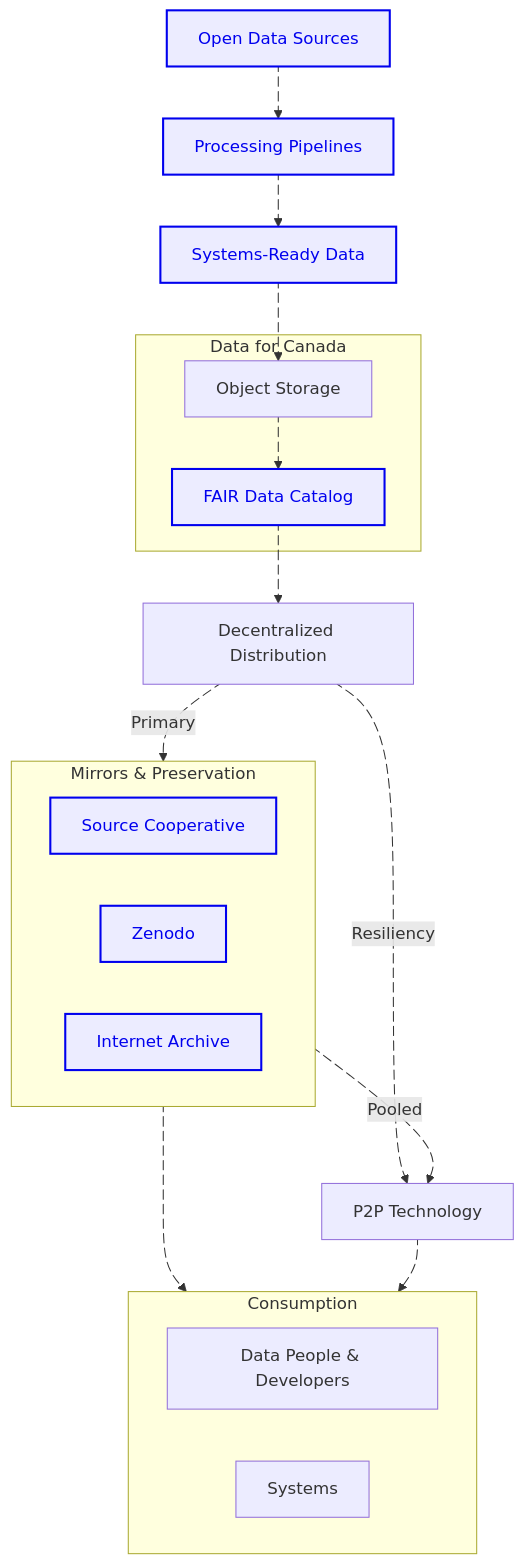
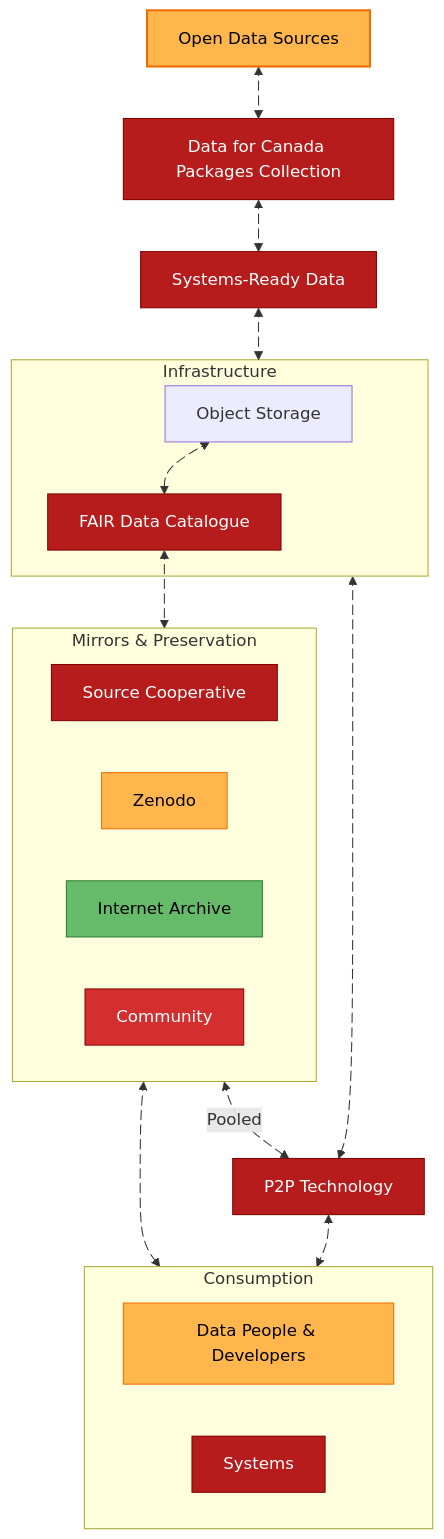
One commit to dataforcanada/www.dataforcanada.org changed the first of 2 diagrams in content/docs/dissemination/_index.md. Above: the diagram before and after it, drawn with Mermaid. The commit also changed other lines of this file and 1 other file, not shown here.

Commit message:
Color code priorities on high-level overview diagram

````diff
--- a/content/docs/dissemination/_index.md
+++ b/content/docs/dissemination/_index.md
@@ -18,19 +18,19 @@
         SourceCoop[Source Cooperative]
         Zenodo[Zenodo]
         InternetArchive[Internet Archive]
+        Community[Community]
     end
 
     Sources[Open Data Sources]
-    Processes[Processing Pipelines]
+    Processes[Data for Canada Packages Collection]
     Artifacts[Systems-Ready Data]
     
-    subgraph CoreInfra [Data for Canada]
+    subgraph CoreInfra [Infrastructure]
         Portal[Object Storage]
-        Metadata[FAIR Data Catalog]
+        Metadata[FAIR Data Catalogue]
     end
     
-    Distribution[Decentralized Distribution]
-    Torrent["P2P Technology"]
+    P2P["P2P Technology"]
     
     subgraph Consumers [Consumption]
         Users[Data People & Developers]
@@ -38,38 +38,49 @@
     end
 
     %% Flow with Animations
-    Sources a1@--> Processes
+    Sources a1@<--> Processes
     a1@{animate: true, animation: slow}
     
-    Processes a2@--> Artifacts
+    Processes a2@<--> Artifacts
     a2@{animate: true, animation: slow}
     
-    Artifacts a3@--> Portal
+    Artifacts a3@<--> CoreInfra
     a3@{animate: true, animation: slow}
     
-    Portal a4@--> Metadata
+    Portal a4@<--> Metadata
     a4@{animate: true, animation: fast}
     
-    Metadata a5@--> Distribution
+    Metadata a5@<--> mirrors
     a5@{animate: true, animation: fast}
 
-    %% Distribution Logic
-    Distribution a7@-.->|Primary| mirrors
-    a7@{animate: true, animation: slow}
-    
-    Distribution a8@-.->|Resiliency| Torrent
+    CoreInfra a8@<-.->P2P
     a8@{animate: true, animation: slow}
 
     %% Mirror Connections
-    mirrors a12@--> Consumers
+    mirrors a12@<--> Consumers
     a12@{animate: true, animation: slow}
     
-    mirrors a9@-.->|Pooled| Torrent
+    mirrors a9@<-.->|Pooled| P2P
     a9@{animate: true, animation: fast}
 
-    %% Torrent Connections
-    Torrent a10@--> Consumers
+    %% P2P Connections
+    P2P a10@<--> Consumers
     a10@{animate: true, animation: fast}
+    
+    style Sources fill:#FFB74D,stroke:#EF6C00,color:#000000
+    style Artifacts fill:#B71C1C,stroke:#7F0000,color:#FFFFFF
+    %% Opera concertmaster
+    style Metadata fill:#B71C1C,stroke:#7F0000,color:#FFFFFF
+    class Metadata Metadata
+    style Processes fill:#B71C1C,stroke:#7F0000,color:#FFFFFF
+    class Processes Processes
+    style SourceCoop fill:#B71C1C,stroke:#7F0000,color:#FFFFFF
+    style Zenodo fill:#FFB74D,stroke:#EF6C00,color:#000000
+    style Community fill:#D32F2F,stroke:#8E0000,color:#FFFFFF
+    style P2P fill:#B71C1C,stroke:#7F0000,color:#FFFFFF
+    style InternetArchive fill:#66BB6A,stroke:#2E7D32,color:#000000
+    style Users fill:#FFB74D,stroke:#EF6C00,color:#000000
+    style Systems fill:#B71C1C,stroke:#7F0000,color:#FFFFFF
     
     %% Click Actions
     click Sources "https://www.dataforcanada.org/#high-level-overview" _blank
@@ -81,5 +92,5 @@
     click InternetArchive "https://archive.org/details/@diegoripley/uploads/" _blank
 
     %% APPLY STYLES TO LINKED NODES
-    class Sources,Processes,Artifacts,Metadata,SourceCoop,Zenodo,InternetArchive linkNode
+    class Sources linkNode
 ```
````
